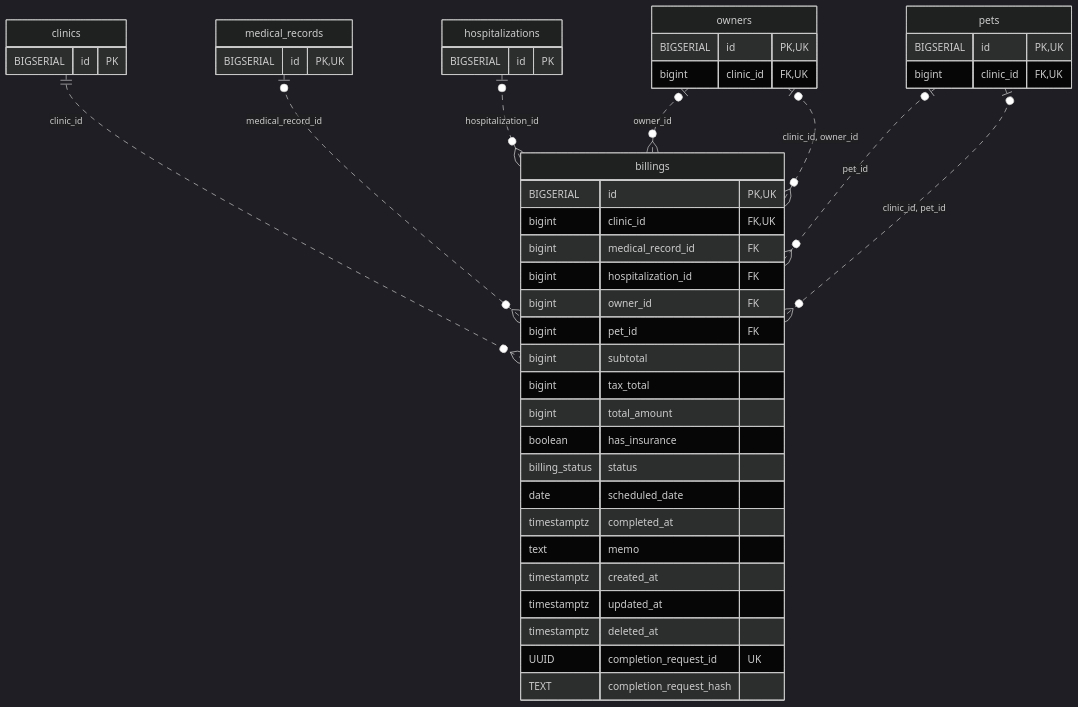
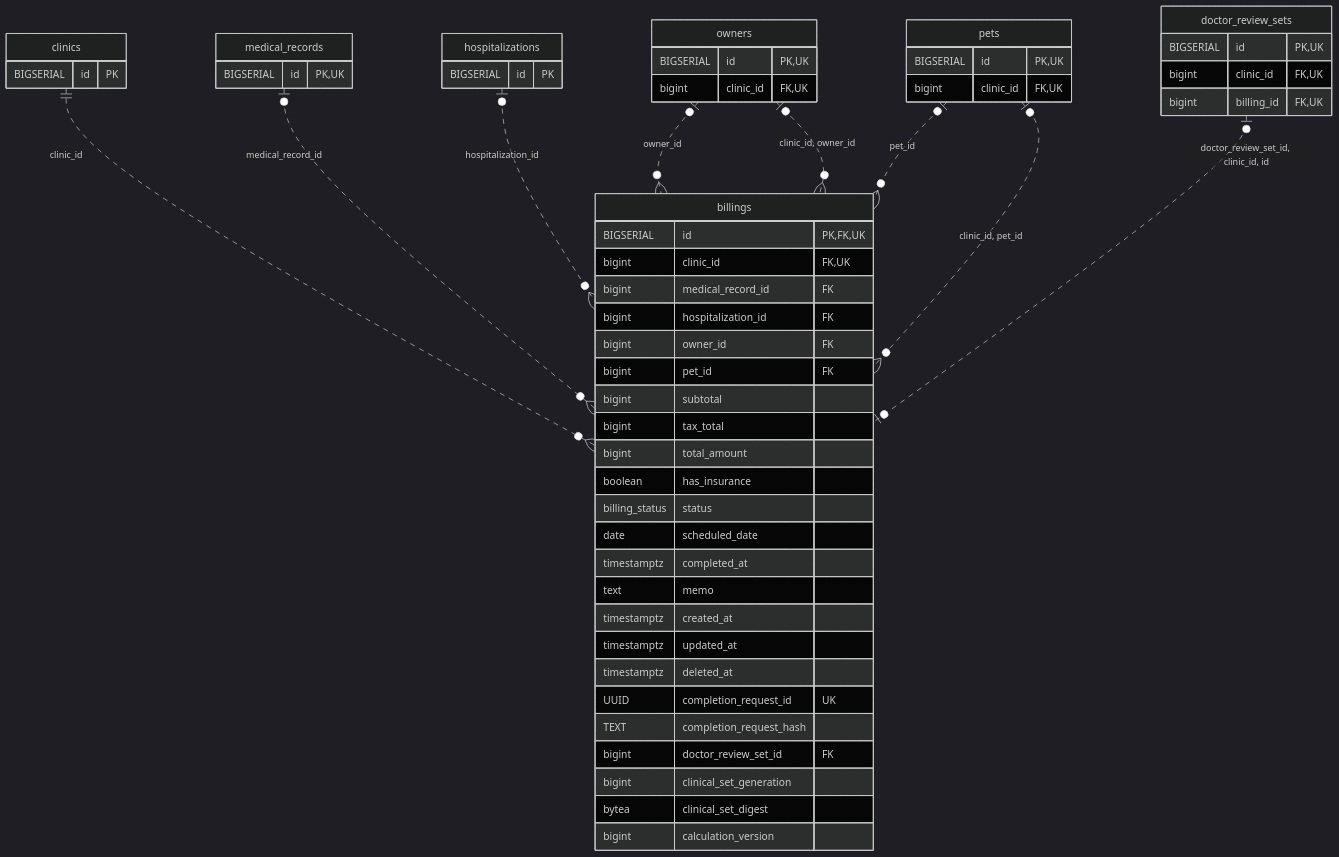
The diagram in docs/architecture/erd-detail/billings.md (MinoruSoga/AnimalEkarte), drawn with Mermaid (dark theme) before and after one commit. The commit also changed other lines of this file and 51 other files, not shown here.

````diff
--- a/docs/architecture/erd-detail/billings.md
+++ b/docs/architecture/erd-detail/billings.md
@@ -42,48 +46,58 @@
 ```mermaid
 erDiagram
     billings {
-        BIGSERIAL id PK,UK
+        BIGSERIAL id PK,FK,UK
         bigint clinic_id FK,UK
         bigint medical_record_id FK
         bigint hospitalization_id FK
         bigint owner_id FK
         bigint pet_id FK
         bigint subtotal
         bigint tax_total
         bigint total_amount
         boolean has_insurance
         billing_status status
         date scheduled_date
         timestamptz completed_at
         text memo
         timestamptz created_at
         timestamptz updated_at
         timestamptz deleted_at
         UUID completion_request_id UK
         TEXT completion_request_hash
+        bigint doctor_review_set_id FK
+        bigint clinical_set_generation
+        bytea clinical_set_digest
+        bigint calculation_version
     }
     clinics {
         BIGSERIAL id PK
+    }
+    doctor_review_sets {
+        BIGSERIAL id PK,UK
+        bigint clinic_id FK,UK
+        bigint billing_id FK,UK
     }
     hospitalizations {
         BIGSERIAL id PK
     }
     medical_records {
         BIGSERIAL id PK,UK
     }
     owners {
         BIGSERIAL id PK,UK
         bigint clinic_id FK,UK
     }
     pets {
         BIGSERIAL id PK,UK
         bigint clinic_id FK,UK
     }
     clinics ||..o{ billings : "clinic_id"
     medical_records o|..o{ billings : "medical_record_id"
     hospitalizations o|..o{ billings : "hospitalization_id"
     owners o|..o{ billings : "owner_id"
     pets o|..o{ billings : "pet_id"
     pets o|..o{ billings : "clinic_id, pet_id"
     owners o|..o{ billings : "clinic_id, owner_id"
+    doctor_review_sets o|..o| billings : "doctor_review_set_id, clinic_id, id"
 ```
````
